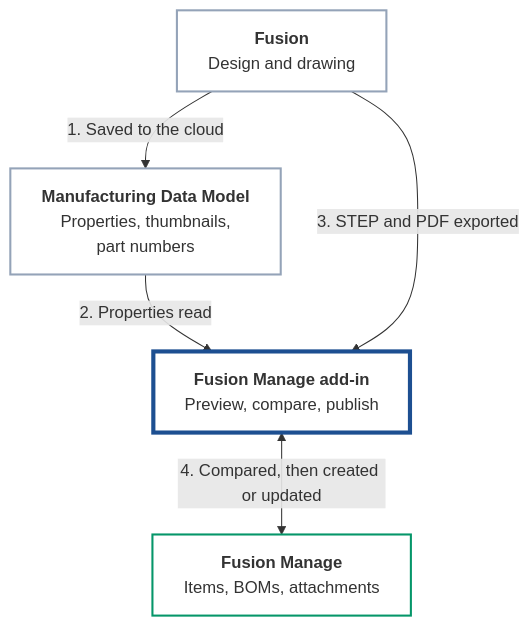
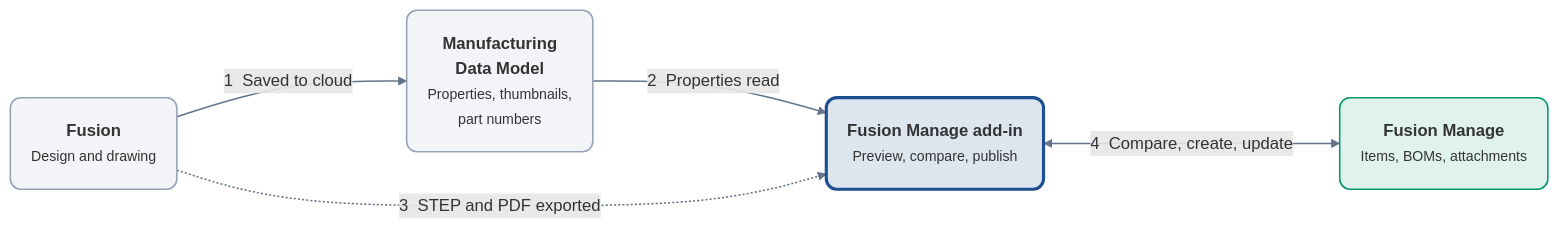
One commit to AHoop91/FusionToFusionManageAddon changed the diagram in docs/getting-started/overview.md. Above: the diagram before and after it, drawn with Mermaid. The commit also changed other lines of this file and 2 other files, not shown here.

Commit message:
Refresh docs home cards, overview diagram and ribbon screenshot
Replace the Documentation map on the home page with a card grid, redraw
the overview diagram as a horizontal flow, and add the ribbon screenshot
in place of its placeholder.

````diff
--- a/docs/getting-started/overview.md
+++ b/docs/getting-started/overview.md
@@ -32,19 +32,21 @@
 ```mermaid
-flowchart TB
-    DESIGN["<b>Fusion</b><br/>Design and drawing"]
-    MDM["<b>Manufacturing Data Model</b><br/>Properties, thumbnails,<br/>part numbers"]
-    ADDIN["<b>Fusion Manage add-in</b><br/>Preview, compare, publish"]
-    FM["<b>Fusion Manage</b><br/>Items, BOMs, attachments"]
+%%{init: {"flowchart": {"curve": "basis", "nodeSpacing": 60, "rankSpacing": 90, "padding": 20}}}%%
+flowchart LR
+    DESIGN("<b>Fusion</b><br/><span style='font-size:0.85em'>Design and drawing</span>")
+    MDM("<b>Manufacturing<br/>Data Model</b><br/><span style='font-size:0.85em'>Properties, thumbnails,<br/>part numbers</span>")
+    ADDIN("<b>Fusion Manage add-in</b><br/><span style='font-size:0.85em'>Preview, compare, publish</span>")
+    FM("<b>Fusion Manage</b><br/><span style='font-size:0.85em'>Items, BOMs, attachments</span>")
 
-    DESIGN -->|"1. Saved to the cloud"| MDM
-    MDM -->|"2. Properties read"| ADDIN
-    DESIGN -->|"3. STEP and PDF exported"| ADDIN
-    ADDIN <-->|"4. Compared, then created or updated"| FM
+    DESIGN -->|"1 &nbsp;Saved to cloud"| MDM
+    MDM -->|"2 &nbsp;Properties read"| ADDIN
+    DESIGN -.->|"3 &nbsp;STEP and PDF exported"| ADDIN
+    ADDIN <-->|"4 &nbsp;Compare, create, update"| FM
 
-    classDef source fill:transparent,stroke:#94a3b8,stroke-width:2px
-    classDef addin fill:transparent,stroke:#1d4f91,stroke-width:4px
-    classDef target fill:transparent,stroke:#059669,stroke-width:2px
+    classDef source fill:#94a3b81f,stroke:#94a3b8,stroke-width:1.5px,rx:10,ry:10
+    classDef addin fill:#1d4f9126,stroke:#1d4f91,stroke-width:3px,rx:10,ry:10
+    classDef target fill:#0596691f,stroke:#059669,stroke-width:1.5px,rx:10,ry:10
     class DESIGN,MDM source
     class ADDIN addin
     class FM target
+    linkStyle default stroke:#64748b,stroke-width:1.5px
 ```
````
